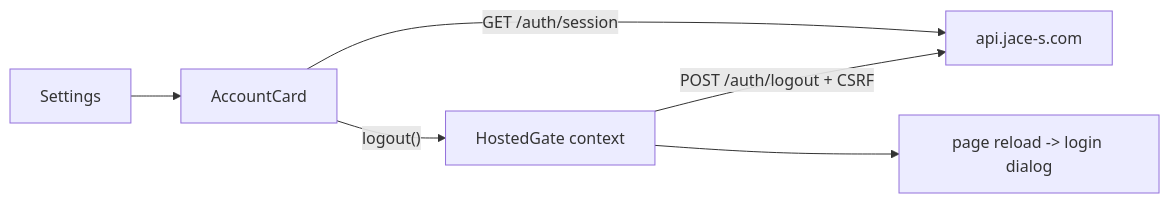
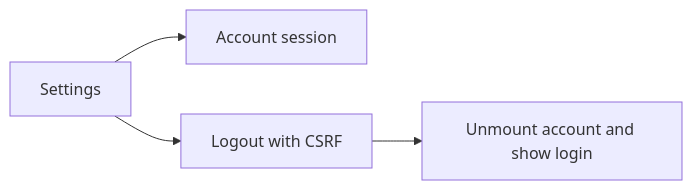
The diagram in docs/design/auth/60-account-card.md (JaceDashS/japanese-companion), drawn with Mermaid before and after one commit. The commit also changed other lines of this file and 162 other files, not shown here.

````diff
--- a/docs/design/auth/60-account-card.md
+++ b/docs/design/auth/60-account-card.md
@@ -16,8 +14,6 @@
 ```mermaid
 flowchart LR
- S["Settings"] --> C["AccountCard"]
- C -->|"GET /auth/session"| A["api.jace-s.com"]
- C -->|"logout()"| G["HostedGate context"]
- G -->|"POST /auth/logout + CSRF"| A
- G --> R["page reload -> login dialog"]
+ S["Settings"] --> A["Account session"]
+ S --> L["Logout with CSRF"]
+ L --> R["Unmount account and show login"]
 ```
````
